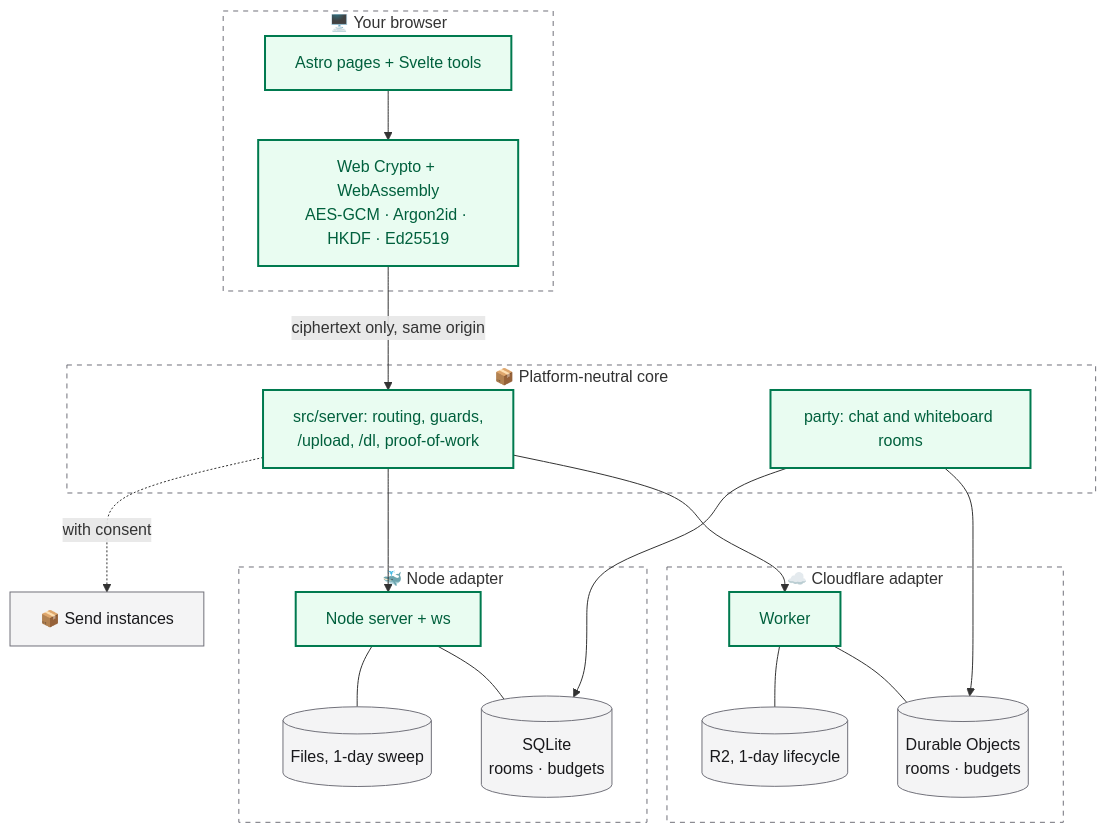
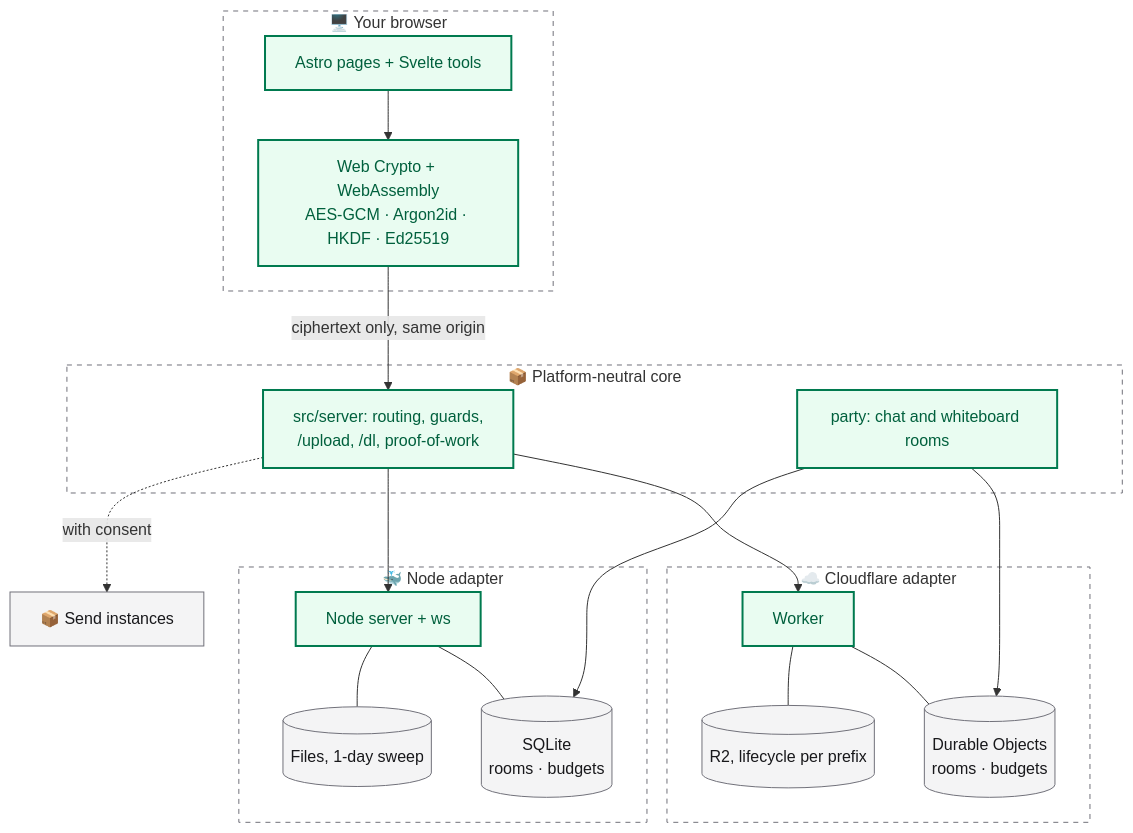
Before and after one commit to danielsebesta/encrypt: the second of 2 diagrams in README.md, drawn with Mermaid. The commit also changed other lines of this file and 30 other files, not shown here.

````diff
--- a/README.md
+++ b/README.md
@@ -163,33 +163,33 @@
 ```mermaid
 flowchart TB
   subgraph Browser["🖥️ Your browser"]
     UI["Astro pages + Svelte tools"] --> WC["Web Crypto + WebAssembly<br/>AES-GCM · Argon2id · HKDF · Ed25519"]
   end
   subgraph Core["📦 Platform-neutral core"]
     APP["src/server: routing, guards,<br/>/upload, /dl, proof-of-work"]
     ROOMS["party: chat and whiteboard rooms"]
   end
   subgraph CF["☁️ Cloudflare adapter"]
     W["Worker"] --- DO[("Durable Objects<br/>rooms · budgets")]
-    W --- R2[("R2, 1-day lifecycle")]
+    W --- R2[("R2, lifecycle per prefix")]
   end
   subgraph NODE["🐳 Node adapter"]
     N["Node server + ws"] --- SQL[("SQLite<br/>rooms · budgets")]
     N --- FS[("Files, 1-day sweep")]
   end
   WC -- "ciphertext only, same origin" --> APP
   APP --> W
   APP --> N
   ROOMS --> DO
   ROOMS --> SQL
   APP -. "with consent" .-> SEND["📦 Send instances"]
 
   classDef brand fill:#e9fcf1,stroke:#007a4f,color:#00603d,stroke-width:2px;
   classDef neutral fill:#f4f4f5,stroke:#71717a,color:#18181b;
   class UI,WC,APP,ROOMS,W,N brand;
   class DO,R2,SQL,FS,SEND neutral;
   style Browser fill:none,stroke:#71717a,stroke-dasharray:5 5
   style Core fill:none,stroke:#71717a,stroke-dasharray:5 5
   style CF fill:none,stroke:#71717a,stroke-dasharray:5 5
   style NODE fill:none,stroke:#71717a,stroke-dasharray:5 5
 ```
````
